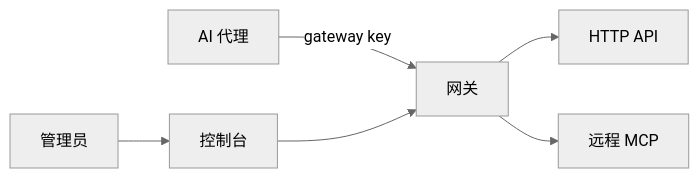
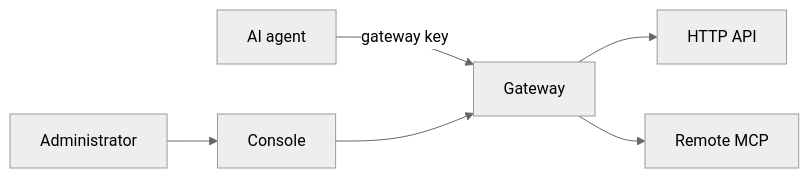
One commit to komiyoo/asterlane changed the diagram in README.md. Above: the diagram before and after it, drawn with Mermaid (neutral theme). The commit also changed other lines of this file and 4 other files, not shown here.

````diff
--- a/README.md
+++ b/README.md
@@ -130,8 +134,8 @@
 ```mermaid
 flowchart LR
-  Agent[AI 代理] -->|gateway key| GW[网关]
-  Admin[管理员] --> Console[控制台]
+  Agent[AI agent] -->|gateway key| GW[Gateway]
+  Admin[Administrator] --> Console[Console]
   Console --> GW
   GW --> API[HTTP API]
-  GW --> MCP[远程 MCP]
+  GW --> MCP[Remote MCP]
 ```
````
